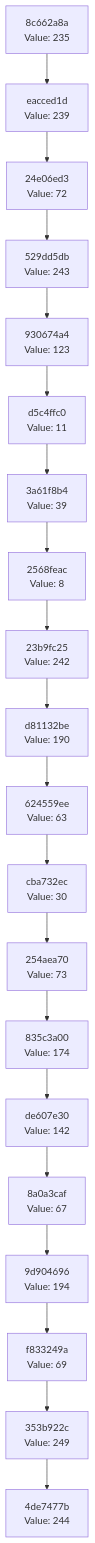
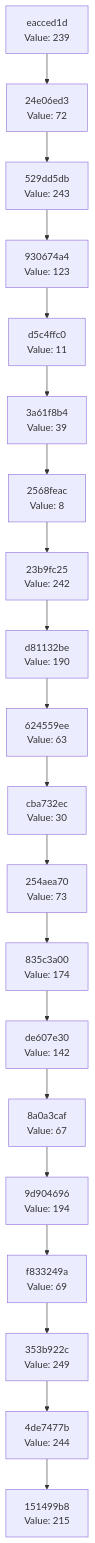
The diagram in docs/CHAIN_VISUALIZATION.md (Abhisheksinha1506/hash-chain-evolver), drawn with Mermaid before and after one commit. The commit also changed 2 other files, not shown here.

Commit message:
Evolution step: hash 0xD7 → action executed

````diff
--- a/docs/CHAIN_VISUALIZATION.md
+++ b/docs/CHAIN_VISUALIZATION.md
@@ -3,42 +3,42 @@
 ```mermaid
 graph TD
-    C0["4de7477b<br/>Value: 244"]
-    C1["353b922c<br/>Value: 249"]
+    C0["151499b8<br/>Value: 215"]
+    C1["4de7477b<br/>Value: 244"]
     C1 --> C0
-    C2["f833249a<br/>Value: 69"]
+    C2["353b922c<br/>Value: 249"]
     C2 --> C1
-    C3["9d904696<br/>Value: 194"]
+    C3["f833249a<br/>Value: 69"]
     C3 --> C2
-    C4["8a0a3caf<br/>Value: 67"]
+    C4["9d904696<br/>Value: 194"]
     C4 --> C3
-    C5["de607e30<br/>Value: 142"]
+    C5["8a0a3caf<br/>Value: 67"]
     C5 --> C4
-    C6["835c3a00<br/>Value: 174"]
+    C6["de607e30<br/>Value: 142"]
     C6 --> C5
-    C7["254aea70<br/>Value: 73"]
+    C7["835c3a00<br/>Value: 174"]
     C7 --> C6
-    C8["cba732ec<br/>Value: 30"]
+    C8["254aea70<br/>Value: 73"]
     C8 --> C7
-    C9["624559ee<br/>Value: 63"]
+    C9["cba732ec<br/>Value: 30"]
     C9 --> C8
-    C10["d81132be<br/>Value: 190"]
+    C10["624559ee<br/>Value: 63"]
     C10 --> C9
-    C11["23b9fc25<br/>Value: 242"]
+    C11["d81132be<br/>Value: 190"]
     C11 --> C10
-    C12["2568feac<br/>Value: 8"]
+    C12["23b9fc25<br/>Value: 242"]
     C12 --> C11
-    C13["3a61f8b4<br/>Value: 39"]
+    C13["2568feac<br/>Value: 8"]
     C13 --> C12
-    C14["d5c4ffc0<br/>Value: 11"]
+    C14["3a61f8b4<br/>Value: 39"]
     C14 --> C13
-    C15["930674a4<br/>Value: 123"]
+    C15["d5c4ffc0<br/>Value: 11"]
     C15 --> C14
-    C16["529dd5db<br/>Value: 243"]
+    C16["930674a4<br/>Value: 123"]
     C16 --> C15
-    C17["24e06ed3<br/>Value: 72"]
+    C17["529dd5db<br/>Value: 243"]
     C17 --> C16
-    C18["eacced1d<br/>Value: 239"]
+    C18["24e06ed3<br/>Value: 72"]
     C18 --> C17
-    C19["8c662a8a<br/>Value: 235"]
+    C19["eacced1d<br/>Value: 239"]
     C19 --> C18
 ```
````
